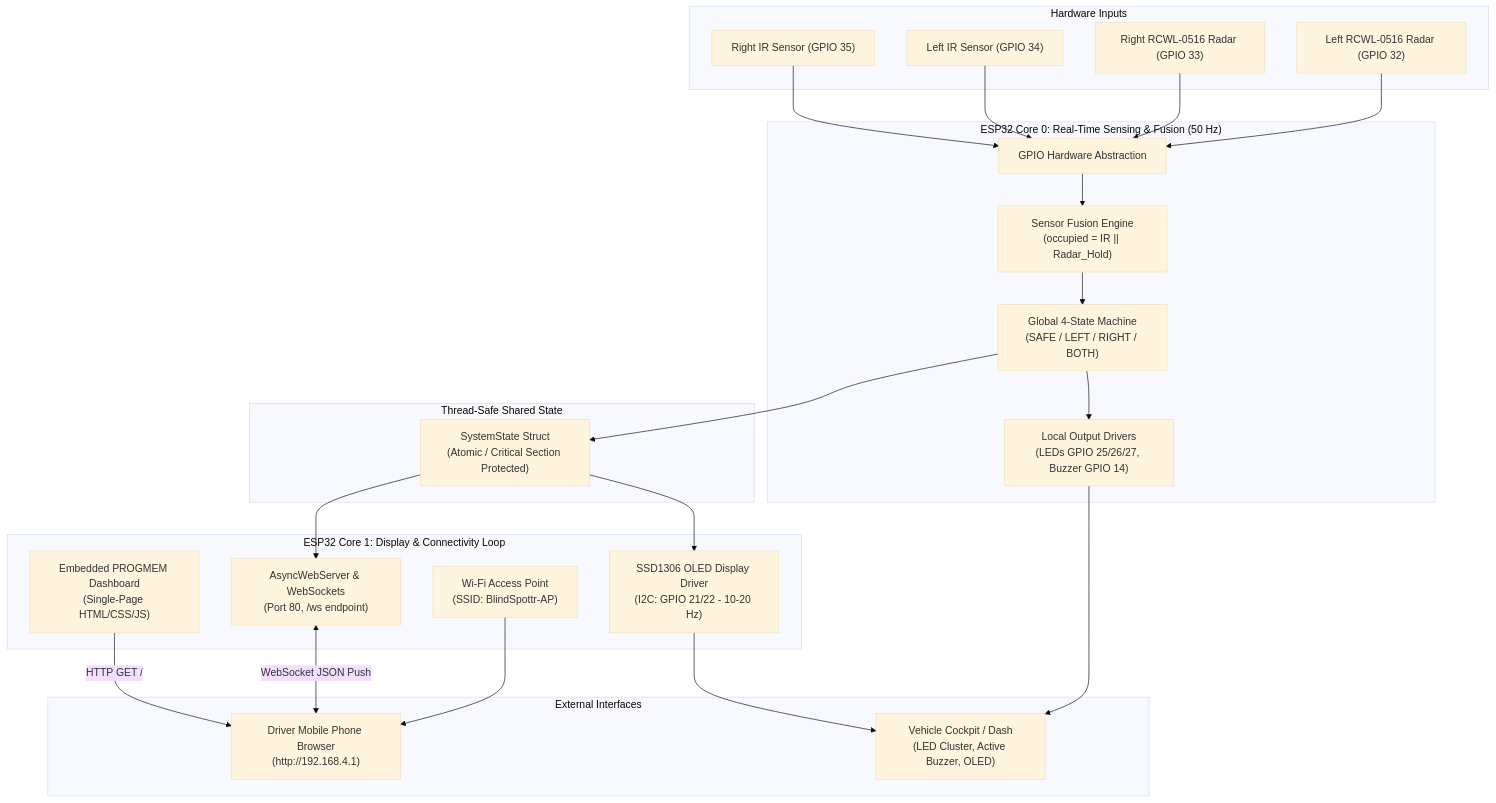
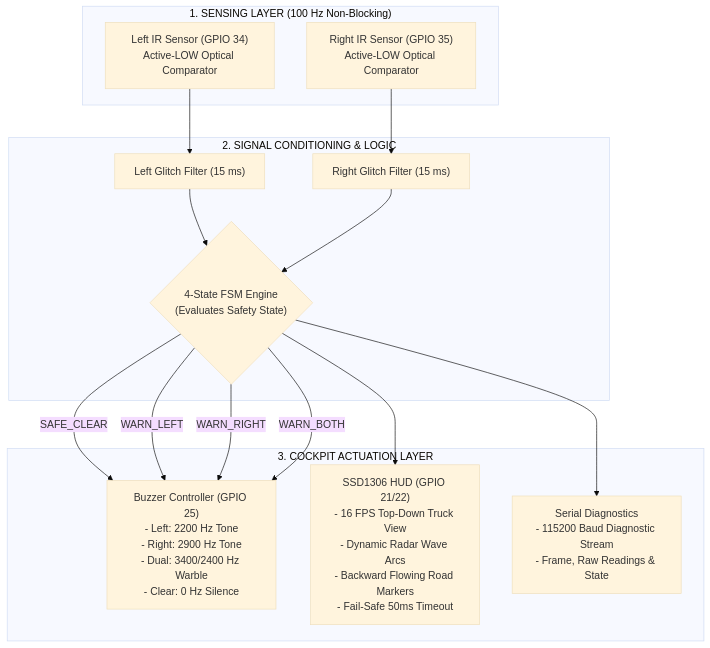
One commit to DevInfinix/BlindSpottr changed the first of 2 diagrams in docs/architecture.md. Above: the diagram before and after it, drawn with Mermaid (base theme). The commit also changed other lines of this file and 9 other files, not shown here.

Commit message:
DOCS: harmonize project documentation, merge flow/implementation specs, add 2D wiring schematics, and update roadmaps

````diff
--- a/docs/architecture.md
+++ b/docs/architecture.md
@@ -11,51 +75,32 @@
 ```mermaid
-graph TB
-    subgraph Hardware_Inputs["Hardware Inputs"]
-        RL["Left RCWL-0516 Radar (GPIO 32)"]
-        RR["Right RCWL-0516 Radar (GPIO 33)"]
-        IL["Left IR Sensor (GPIO 34)"]
-        IR["Right IR Sensor (GPIO 35)"]
+graph TD
+    subgraph SENSING ["1. SENSING LAYER (100 Hz Non-Blocking)"]
+        IR_L["Left IR Sensor (GPIO 34)\nActive-LOW Optical Comparator"]
+        IR_R["Right IR Sensor (GPIO 35)\nActive-LOW Optical Comparator"]
     end
 
-    subgraph ESP32_Core0["ESP32 Core 0: Real-Time Sensing & Fusion (50 Hz)"]
-        HAL["GPIO Hardware Abstraction"]
-        FUSION["Sensor Fusion Engine\n(occupied = IR || Radar_Hold)"]
-        FSM["Global 4-State Machine\n(SAFE / LEFT / RIGHT / BOTH)"]
-        INDICATORS["Local Output Drivers\n(LEDs GPIO 25/26/27, Buzzer GPIO 14)"]
+    subgraph PROCESSING ["2. SIGNAL CONDITIONING & LOGIC"]
+        DEB_L["Left Glitch Filter (15 ms)"]
+        DEB_R["Right Glitch Filter (15 ms)"]
+        FSM{"4-State FSM Engine\n(Evaluates Safety State)"}
     end
 
-    subgraph Thread_Safe_State["Thread-Safe Shared State"]
-        STATE["SystemState Struct\n(Atomic / Critical Section Protected)"]
+    subgraph OUTPUTS ["3. COCKPIT ACTUATION LAYER"]
+        BUZZ["Buzzer Controller (GPIO 25)\n- Left: 2200 Hz Tone\n- Right: 2900 Hz Tone\n- Dual: 3400/2400 Hz Warble\n- Clear: 0 Hz Silence"]
+        OLED["SSD1306 HUD (GPIO 21/22)\n- 16 FPS Top-Down Truck View\n- Dynamic Radar Wave Arcs\n- Backward Flowing Road Markers\n- Fail-Safe 50ms Timeout"]
+        UART["Serial Diagnostics\n- 115200 Baud Diagnostic Stream\n- Frame, Raw Readings & State"]
     end
 
-    subgraph ESP32_Core1["ESP32 Core 1: Display & Connectivity Loop"]
-        OLED["SSD1306 OLED Display Driver\n(I2C: GPIO 21/22 - 10-20 Hz)"]
-        WIFI["Wi-Fi Access Point\n(SSID: BlindSpottr-AP)"]
-        SERVER["AsyncWebServer & WebSockets\n(Port 80, /ws endpoint)"]
-        HTML["Embedded PROGMEM Dashboard\n(Single-Page HTML/CSS/JS)"]
-    end
+    IR_L --> DEB_L
+    IR_R --> DEB_R
+    DEB_L --> FSM
+    DEB_R --> FSM
 
-    subgraph User_Interfaces["External Interfaces"]
-        PHONE["Driver Mobile Phone Browser\n(http://192.168.4.1)"]
-        PHYSICAL["Vehicle Cockpit / Dash\n(LED Cluster, Active Buzzer, OLED)"]
-    end
+    FSM -->|SAFE_CLEAR| BUZZ
+    FSM -->|WARN_LEFT| BUZZ
+    FSM -->|WARN_RIGHT| BUZZ
+    FSM -->|WARN_BOTH| BUZZ
 
-    RL --> HAL
-    RR --> HAL
-    IL --> HAL
-    IR --> HAL
-
-    HAL --> FUSION
-    FUSION --> FSM
-    FSM --> INDICATORS
-    FSM --> STATE
-
-    STATE --> OLED
-    STATE --> SERVER
-
-    INDICATORS --> PHYSICAL
-    OLED --> PHYSICAL
-    WIFI --> PHONE
-    SERVER <-->|WebSocket JSON Push| PHONE
-    HTML -->|HTTP GET /| PHONE
+    FSM --> OLED
+    FSM --> UART
 ```
````
